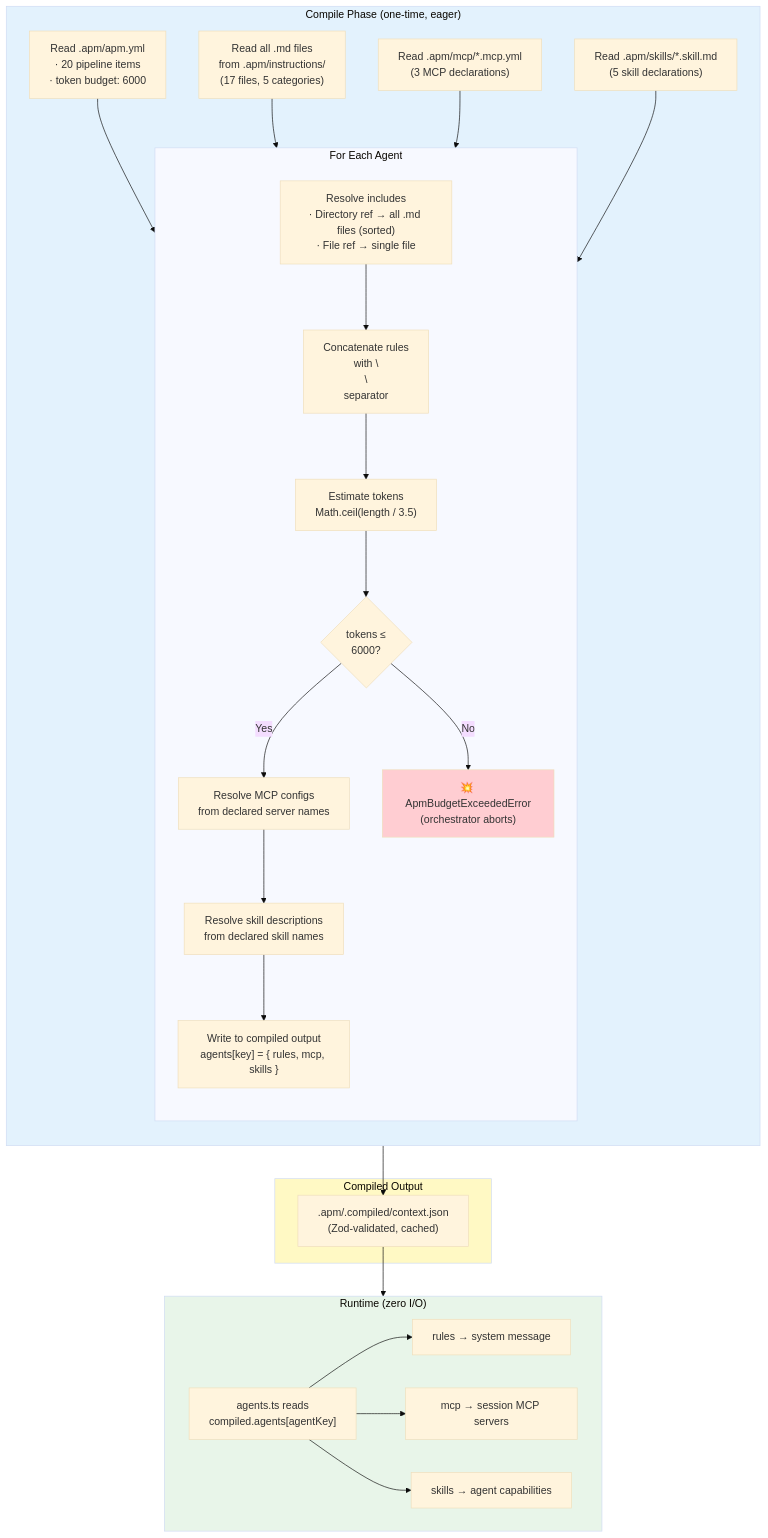
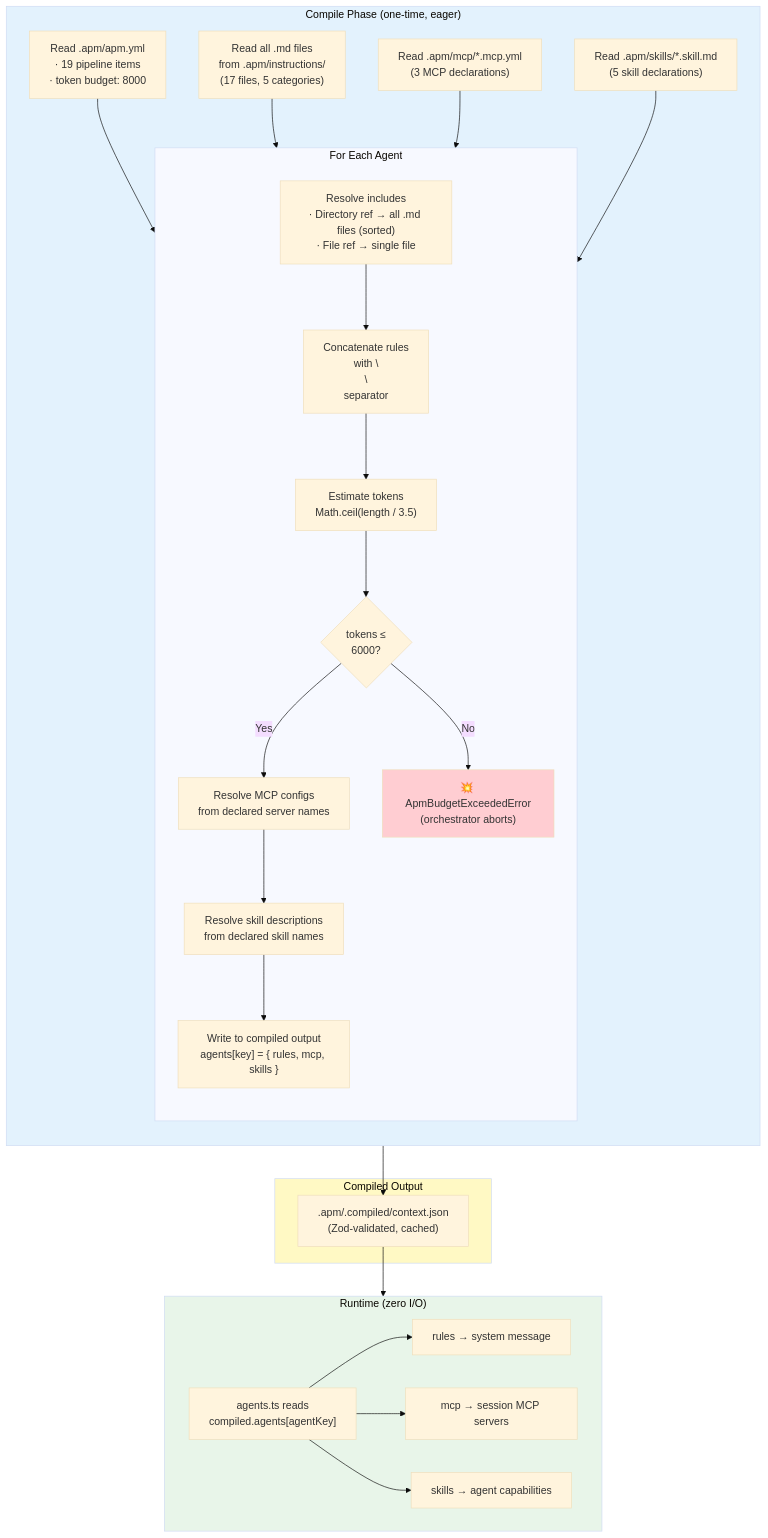
One commit to RomanKaliupinMelonusa/DAGent-t changed the first of 6 diagrams in tools/autonomous-factory/docs/03-apm-context.md. Above: the diagram before and after it, drawn with Mermaid (base theme). The commit also changed other lines of this file and 8 other files, not shown here.

````diff
--- a/tools/autonomous-factory/docs/03-apm-context.md
+++ b/tools/autonomous-factory/docs/03-apm-context.md
@@ -11,47 +11,47 @@
 ```mermaid
 flowchart TD
     subgraph COMPILE["Compile Phase (one-time, eager)"]
         direction TB
-        M["Read .apm/apm.yml\n· 20 pipeline items\n· token budget: 6000"]
+        M["Read .apm/apm.yml\n· 19 pipeline items\n· token budget: 8000"]
         R["Read all .md files\nfrom .apm/instructions/\n(17 files, 5 categories)"]
         MCP["Read .apm/mcp/*.mcp.yml\n(3 MCP declarations)"]
         SK["Read .apm/skills/*.skill.md\n(5 skill declarations)"]
         M --> FOR
 
         subgraph FOR["For Each Agent"]
             direction TB
             INC["Resolve includes\n· Directory ref → all .md files (sorted)\n· File ref → single file"]
             CAT["Concatenate rules\nwith \\n\\n separator"]
             TOK["Estimate tokens\nMath.ceil(length / 3.5)"]
             VAL{"tokens ≤\n6000?"}
             MCPR["Resolve MCP configs\nfrom declared server names"]
             SKR["Resolve skill descriptions\nfrom declared skill names"]
             CACHE["Write to compiled output\nagents[key] = { rules, mcp, skills }"]
             INC --> CAT --> TOK --> VAL
             VAL -->|"Yes"| MCPR --> SKR --> CACHE
             VAL -->|"No"| FATAL["💥 ApmBudgetExceededError\n(orchestrator aborts)"]
         end
     end
 
     subgraph OUTPUT["Compiled Output"]
         JSON[".apm/.compiled/context.json\n(Zod-validated, cached)"]
     end
 
     subgraph RUNTIME["Runtime (zero I/O)"]
         REQ["agents.ts reads\ncompiled.agents[agentKey]"]
         RULES["rules → system message"]
         MCPRT["mcp → session MCP servers"]
         SKILLS["skills → agent capabilities"]
         REQ --> RULES & MCPRT & SKILLS
     end
 
     R --> FOR
     MCP --> FOR
     SK --> FOR
     CACHE --> JSON --> RUNTIME
 
     style COMPILE fill:#e3f2fd
     style OUTPUT fill:#fff9c4
     style RUNTIME fill:#e8f5e9
     style FATAL fill:#ffcdd2
 ```
````
